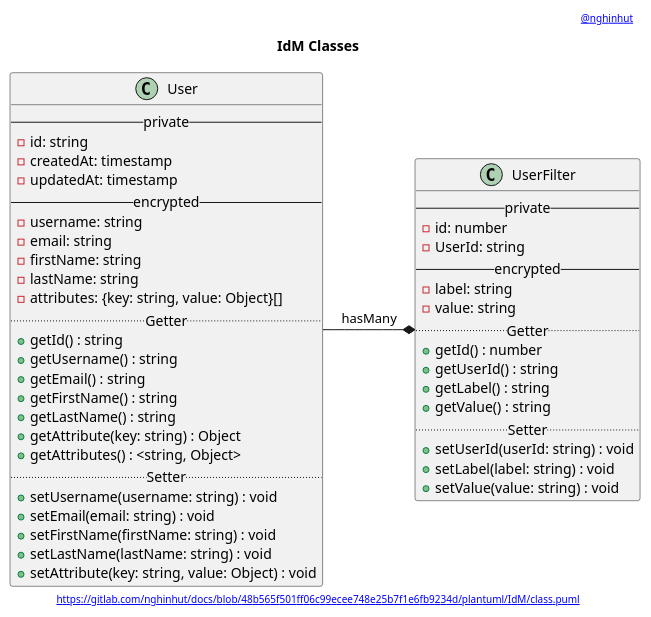
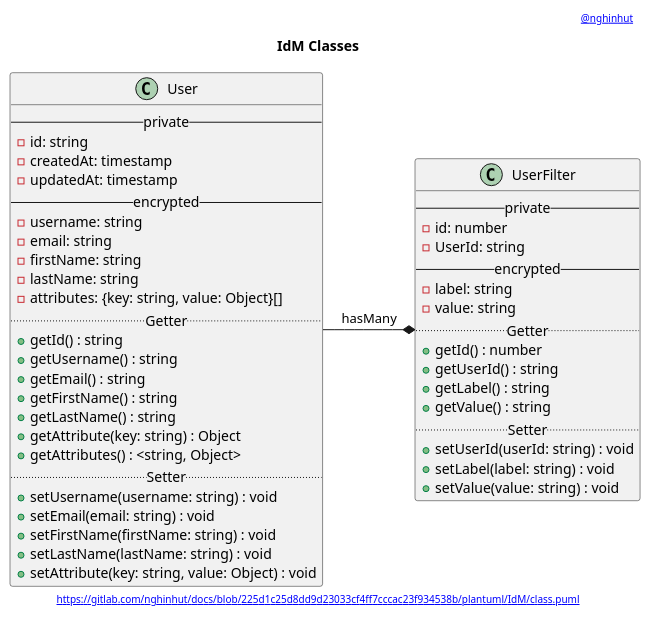
The diagram in plantuml/IdM/class.puml (nghinhut/docs), drawn with PlantUML before and after one commit. The commit also changed 24 other files, not shown here.

Commit message:
docs(plantuml): update headers

```diff
--- a/plantuml/IdM/class.puml
+++ b/plantuml/IdM/class.puml
@@ -1,56 +1,56 @@
 @startuml
 '-----START auto generated metadata please keep comment here to allow auto update-----
 '-----DON'T EDIT THIS SECTION, INSTEAD RE-RUN prebuild.sh TO UPDATE-----
-header [[https://www.nghinhut.dev?from=http%5C%3A%5C%2F%5C%2Fwww%5C.plantuml%5C.com%5C%2Fplantuml%5C%2Fproxy%3Ffmt%3Dsvg%5C%26src%3Dhttps%5C%3A%5C%2F%5C%2Fgitlab%5C.com%5C%2Fnghinhut%5C%2Fdocs%5C%2Fraw%5C%2F48b565f501ff06c99ecee748e25b7f1e6fb9234d%5C%2Fplantuml%5C%2FIdM%5C%2Fclass%5C.puml%0A @nghinhut]]
-footer [[http://www.plantuml.com/plantuml/proxy?fmt=svg&src=https://gitlab.com/nghinhut/docs/raw/48b565f501ff06c99ecee748e25b7f1e6fb9234d/plantuml/IdM/class.puml https://gitlab.com/nghinhut/docs/blob/48b565f501ff06c99ecee748e25b7f1e6fb9234d/plantuml/IdM/class.puml]]
+header [[https://www.nghinhut.dev?from=http%5C%3A%5C%2F%5C%2Fwww%5C.plantuml%5C.com%5C%2Fplantuml%5C%2Fproxy%3Ffmt%3Dsvg%5C%26src%3Dhttps%5C%3A%5C%2F%5C%2Fgitlab%5C.com%5C%2Fnghinhut%5C%2Fdocs%5C%2Fraw%5C%2F225d1c25d8dd9d23033cf4ff7cccac23f934538b%5C%2Fplantuml%5C%2FIdM%5C%2Fclass%5C.puml%0A @nghinhut]]
+footer [[http://www.plantuml.com/plantuml/proxy?fmt=svg&src=https://gitlab.com/nghinhut/docs/raw/225d1c25d8dd9d23033cf4ff7cccac23f934538b/plantuml/IdM/class.puml https://gitlab.com/nghinhut/docs/blob/225d1c25d8dd9d23033cf4ff7cccac23f934538b/plantuml/IdM/class.puml]]
 '-----END auto generated metadata please keep comment here to allow auto update-----
 title IdM Classes
 
 class "User" as user {
     -- private --
     - id: string
     - createdAt: timestamp
     - updatedAt: timestamp
     -- encrypted --
     - username: string
     - email: string
     - firstName: string
     - lastName: string
     - attributes: {key: string, value: Object}[]
     .. Getter ..
     + getId() : string
     + getUsername() : string
     + getEmail() : string
     + getFirstName() : string
     + getLastName() : string
     + getAttribute(key: string) : Object
     + getAttributes() : <string, Object>
     .. Setter ..
     + setUsername(username: string) : void
     + setEmail(email: string) : void
     + setFirstName(firstName: string) : void
     + setLastName(lastName: string) : void
     + setAttribute(key: string, value: Object) : void
 }
 
 class "UserFilter" as user_filter {
     -- private --
     - id: number
     - UserId: string
     -- encrypted --
     - label: string
     - value: string
     .. Getter ..
     + getId() : number
     + getUserId() : string
     + getLabel() : string
     + getValue() : string
     .. Setter ..
     + setUserId(userId: string) : void
     + setLabel(label: string) : void
     + setValue(value: string) : void
 }
 
 user -* user_filter : hasMany
 
 @enduml
```
